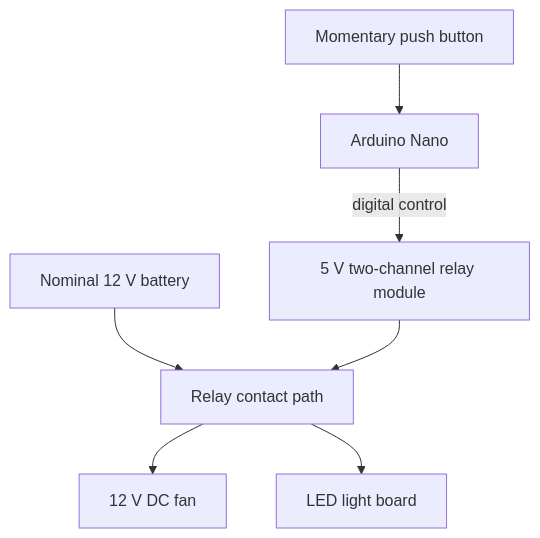
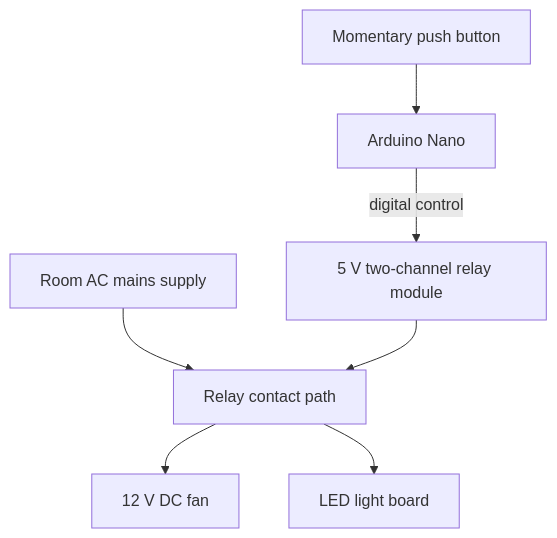
Before and after one commit to D-Venu/power_latch: the diagram in docs/system-design.md, drawn with Mermaid. The commit also changed other lines of this file, not shown here.

````diff
--- a/docs/system-design.md
+++ b/docs/system-design.md
@@ -9,9 +9,9 @@
 ```mermaid
 flowchart TB
     INPUT[Momentary push button] --> MCU[Arduino Nano]
     MCU -->|digital control| RELAY[5 V two-channel relay module]
-    BAT[Nominal 12 V battery] --> CONTACTS[Relay contact path]
+    AC[Room AC mains supply] --> CONTACTS[Relay contact path]
     RELAY --> CONTACTS
     CONTACTS --> FAN[12 V DC fan]
     CONTACTS --> LED[LED light board]
 ```
````
